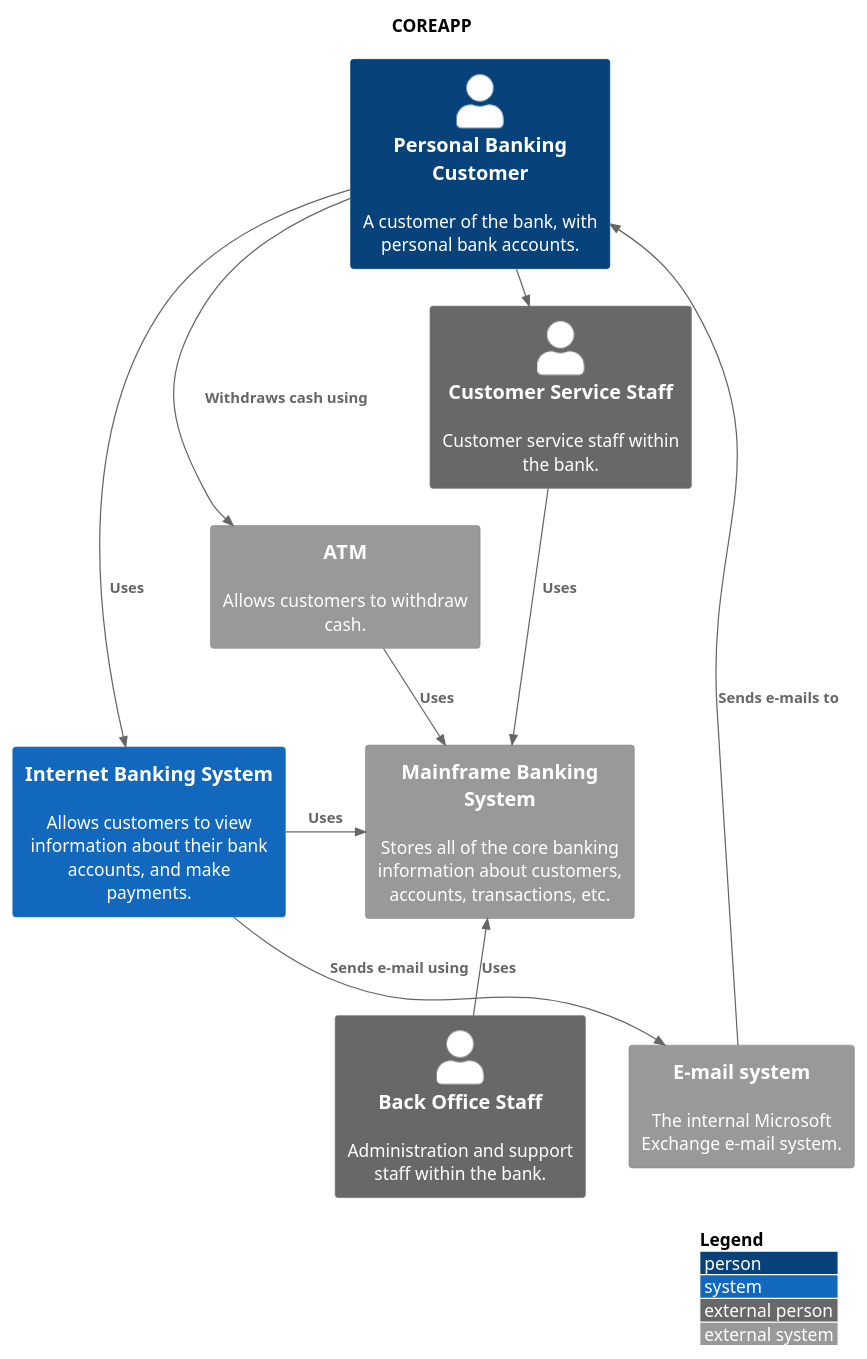
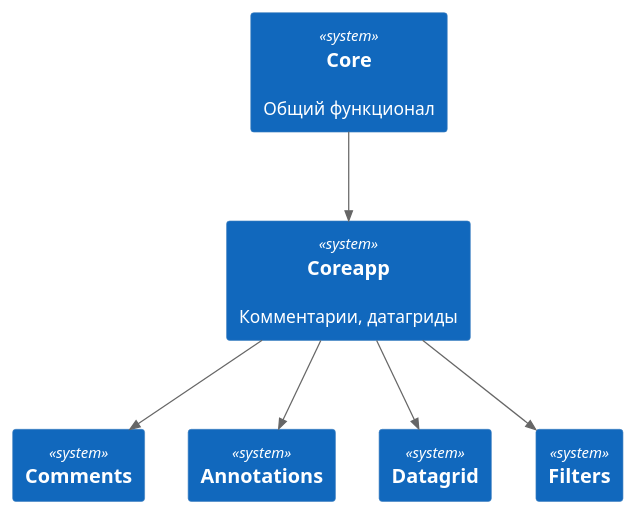
One commit to lulya31/some changed the diagram in static/05_01_01_img/coreapp.puml. Above: the diagram before and after it, drawn with PlantUML. The commit also changed other lines of this file and 60 other files, not shown here.

```diff
--- a/static/05_01_01_img/coreapp.puml
+++ b/static/05_01_01_img/coreapp.puml
@@ -4,50 +4,44 @@
 @startuml
 
 '!include https://raw.githubusercontent.com/plantuml-stdlib/C4-PlantUML/master/C4_Context.puml
 
 ' uncomment the following line and comment the first to use locally
 ' !include C4_Context.puml
 
 !include static/includes/c4_context.puml
+!include static/includes/c4_container.puml
 
-skinparam svgLinkTarget _blank
+'left to right direction
 
-'LAYOUT_TOP_DOWN()
+'skinparam svgLinkTarget _blank
+skinparam backgroundcolor transparent
 
+<style>
+System {
+    MinimumWidth 300
+    MinimumHeight 150
+}
+</style>
+
+LAYOUT_TOP_DOWN()
 'LAYOUT_AS_SKETCH()
+'LAYOUT_WITH_LEGEND()
+'LAYOUT_LANDSCAPE()
 
-LAYOUT_WITH_LEGEND()
+System(core, "Core", "Общий функционал", $link="/05_c4/01_core/")
 
-title COREAPP
+System(coreapp, "Coreapp", "Комментарии, датагриды")
 
-Person(customer, Personal Banking Customer, "A customer of the bank, with personal bank accounts.", $link="https://github.com/plantuml-stdlib/C4-PlantUML")
+System(comments, "Comments", "", $link="/05_c4/01_core/01_coreapp/01_comments/")
+System(annotations, "Annotations", "", $link="/05_c4/01_core/01_coreapp/02_annotations/")
+System(datagrid, "Datagrid", "", $link="/05_c4/01_core/01_coreapp/03_datagrids/")
+System(filters, "Filters", "", $link="/05_c4/01_core/01_coreapp/04_filers/")
 
-'Enterprise_Boundary(c0, "Big Bank plc") {
-    System(banking_system, "Internet Banking System", "Allows customers to view information about their bank accounts, and make payments.")
+Rel_D(core, coreapp, "")
 
-    System_Ext(atm, "ATM", "Allows customers to withdraw cash.")
-    System_Ext(mail_system, "E-mail system", "The internal Microsoft Exchange e-mail system.")
+Rel_D(coreapp, comments, "")
+Rel_D(coreapp, annotations, "")
+Rel_D(coreapp, datagrid, "")
+Rel_D(coreapp, filters, "")
 
-    System_Ext(mainframe, "Mainframe Banking System", "Stores all of the core banking information about customers, accounts, transactions, etc.")
-
-    Person_Ext(customer_service, "Customer Service Staff", "Customer service staff within the bank.")
-    Person_Ext(back_office, "Back Office Staff", "Administration and support staff within the bank.")
-'}
-
-Rel_Neighbor(customer, banking_system, "Uses")
-Rel_R(customer, atm, "Withdraws cash using")
-Rel_Back(customer, mail_system, "Sends e-mails to")
-
-Rel_R(customer, customer_service, "Asks questions to", "Telephone")
-
-Rel_D(banking_system, mail_system, "Sends e-mail using")
-Rel_R(atm, mainframe, "Uses")
-Rel_R(banking_system, mainframe, "Uses")
-Rel_D(customer_service, mainframe, "Uses")
-Rel_U(back_office, mainframe, "Uses")
-
-Lay_D(atm, banking_system)
-
-Lay_D(atm, customer)
-Lay_U(mail_system, customer)
 @enduml
```
